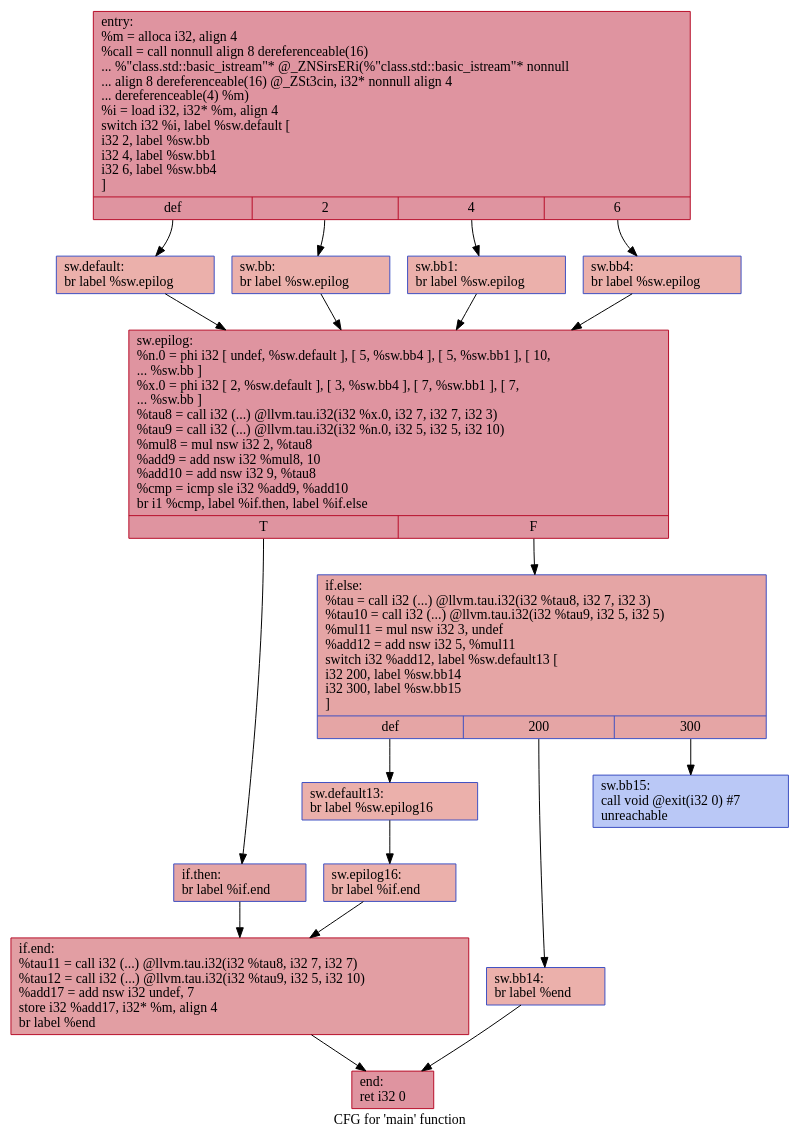
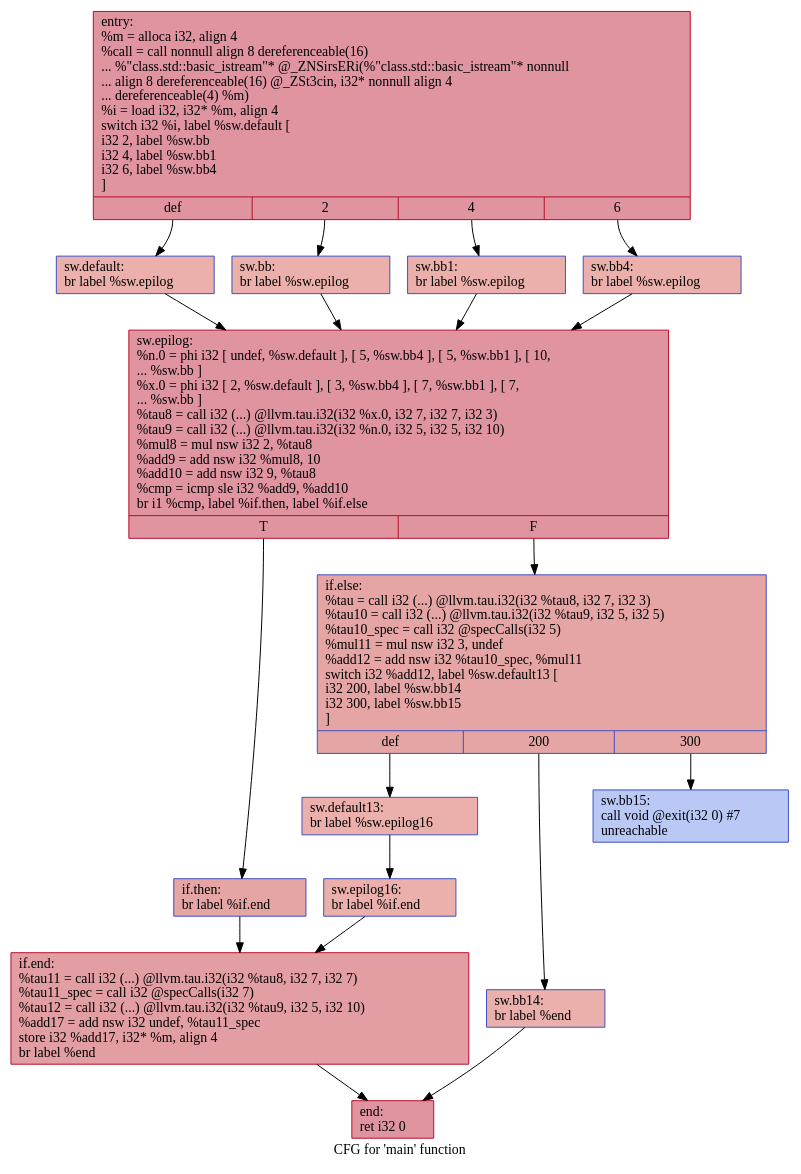
The diagram in IR/cfg/specSCCP_HPSSA.dot (HPSSA-LLVM/HPSSA-LLVM), drawn with Graphviz before and after one commit. The commit also changed 46 other files, not shown here.

Commit message:
[feat] Spec Calls Appear in IR

```diff
--- a/IR/cfg/specSCCP_HPSSA.dot
+++ b/IR/cfg/specSCCP_HPSSA.dot
@@ -1,36 +1,36 @@
 digraph "CFG for 'main' function" {
 	label="CFG for 'main' function";
 
-	Node0x55d610033180 [shape=record,color="#b70d28ff", style=filled, fillcolor="#b70d2870",label="{entry:\l  %m = alloca i32, align 4\l  %call = call nonnull align 8 dereferenceable(16)\l... %\"class.std::basic_istream\"* @_ZNSirsERi(%\"class.std::basic_istream\"* nonnull\l... align 8 dereferenceable(16) @_ZSt3cin, i32* nonnull align 4\l... dereferenceable(4) %m)\l  %i = load i32, i32* %m, align 4\l  switch i32 %i, label %sw.default [\l    i32 2, label %sw.bb\l    i32 4, label %sw.bb1\l    i32 6, label %sw.bb4\l  ]\l|{<s0>def|<s1>2|<s2>4|<s3>6}}"];
-	Node0x55d610033180:s0 -> Node0x55d6100335c0;
-	Node0x55d610033180:s1 -> Node0x55d6100336d0;
-	Node0x55d610033180:s2 -> Node0x55d6100337d0;
-	Node0x55d610033180:s3 -> Node0x55d6100338d0;
-	Node0x55d6100336d0 [shape=record,color="#3d50c3ff", style=filled, fillcolor="#d24b4070",label="{sw.bb:                                            \l  br label %sw.epilog\l}"];
-	Node0x55d6100336d0 -> Node0x55d6100339f0;
-	Node0x55d6100337d0 [shape=record,color="#3d50c3ff", style=filled, fillcolor="#d24b4070",label="{sw.bb1:                                           \l  br label %sw.epilog\l}"];
-	Node0x55d6100337d0 -> Node0x55d6100339f0;
-	Node0x55d6100338d0 [shape=record,color="#3d50c3ff", style=filled, fillcolor="#d24b4070",label="{sw.bb4:                                           \l  br label %sw.epilog\l}"];
-	Node0x55d6100338d0 -> Node0x55d6100339f0;
-	Node0x55d6100335c0 [shape=record,color="#3d50c3ff", style=filled, fillcolor="#d24b4070",label="{sw.default:                                       \l  br label %sw.epilog\l}"];
-	Node0x55d6100335c0 -> Node0x55d6100339f0;
-	Node0x55d6100339f0 [shape=record,color="#b70d28ff", style=filled, fillcolor="#b70d2870",label="{sw.epilog:                                        \l  %n.0 = phi i32 [ undef, %sw.default ], [ 5, %sw.bb4 ], [ 5, %sw.bb1 ], [ 10,\l... %sw.bb ]\l  %x.0 = phi i32 [ 2, %sw.default ], [ 3, %sw.bb4 ], [ 7, %sw.bb1 ], [ 7,\l... %sw.bb ]\l  %tau8 = call i32 (...) @llvm.tau.i32(i32 %x.0, i32 7, i32 7, i32 3)\l  %tau9 = call i32 (...) @llvm.tau.i32(i32 %n.0, i32 5, i32 5, i32 10)\l  %mul8 = mul nsw i32 2, %tau8\l  %add9 = add nsw i32 %mul8, 10\l  %add10 = add nsw i32 9, %tau8\l  %cmp = icmp sle i32 %add9, %add10\l  br i1 %cmp, label %if.then, label %if.else\l|{<s0>T|<s1>F}}"];
-	Node0x55d6100339f0:s0 -> Node0x55d610034b90;
-	Node0x55d6100339f0:s1 -> Node0x55d610034c00;
-	Node0x55d610034b90 [shape=record,color="#3d50c3ff", style=filled, fillcolor="#c5333470",label="{if.then:                                          \l  br label %if.end\l}"];
-	Node0x55d610034b90 -> Node0x55d610034d20;
-	Node0x55d610034c00 [shape=record,color="#3d50c3ff", style=filled, fillcolor="#c5333470",label="{if.else:                                          \l  %tau = call i32 (...) @llvm.tau.i32(i32 %tau8, i32 7, i32 3)\l  %tau10 = call i32 (...) @llvm.tau.i32(i32 %tau9, i32 5, i32 5)\l  %mul11 = mul nsw i32 3, undef\l  %add12 = add nsw i32 5, %mul11\l  switch i32 %add12, label %sw.default13 [\l    i32 200, label %sw.bb14\l    i32 300, label %sw.bb15\l  ]\l|{<s0>def|<s1>200|<s2>300}}"];
-	Node0x55d610034c00:s0 -> Node0x55d610035040;
-	Node0x55d610034c00:s1 -> Node0x55d610035410;
-	Node0x55d610034c00:s2 -> Node0x55d6100354b0;
-	Node0x55d610035040 [shape=record,color="#3d50c3ff", style=filled, fillcolor="#d24b4070",label="{sw.default13:                                     \l  br label %sw.epilog16\l}"];
-	Node0x55d610035040 -> Node0x55d6100356a0;
-	Node0x55d610035410 [shape=record,color="#3d50c3ff", style=filled, fillcolor="#d24b4070",label="{sw.bb14:                                          \l  br label %end\l}"];
-	Node0x55d610035410 -> Node0x55d610035790;
-	Node0x55d6100354b0 [shape=record,color="#3d50c3ff", style=filled, fillcolor="#6282ea70",label="{sw.bb15:                                          \l  call void @exit(i32 0) #7\l  unreachable\l}"];
-	Node0x55d6100356a0 [shape=record,color="#3d50c3ff", style=filled, fillcolor="#d24b4070",label="{sw.epilog16:                                      \l  br label %if.end\l}"];
-	Node0x55d6100356a0 -> Node0x55d610034d20;
-	Node0x55d610034d20 [shape=record,color="#b70d28ff", style=filled, fillcolor="#be242e70",label="{if.end:                                           \l  %tau11 = call i32 (...) @llvm.tau.i32(i32 %tau8, i32 7, i32 7)\l  %tau12 = call i32 (...) @llvm.tau.i32(i32 %tau9, i32 5, i32 10)\l  %add17 = add nsw i32 undef, 7\l  store i32 %add17, i32* %m, align 4\l  br label %end\l}"];
-	Node0x55d610034d20 -> Node0x55d610035790;
-	Node0x55d610035790 [shape=record,color="#b70d28ff", style=filled, fillcolor="#b70d2870",label="{end:                                              \l  ret i32 0\l}"];
+	Node0x564486306240 [shape=record,color="#b70d28ff", style=filled, fillcolor="#b70d2870",label="{entry:\l  %m = alloca i32, align 4\l  %call = call nonnull align 8 dereferenceable(16)\l... %\"class.std::basic_istream\"* @_ZNSirsERi(%\"class.std::basic_istream\"* nonnull\l... align 8 dereferenceable(16) @_ZSt3cin, i32* nonnull align 4\l... dereferenceable(4) %m)\l  %i = load i32, i32* %m, align 4\l  switch i32 %i, label %sw.default [\l    i32 2, label %sw.bb\l    i32 4, label %sw.bb1\l    i32 6, label %sw.bb4\l  ]\l|{<s0>def|<s1>2|<s2>4|<s3>6}}"];
+	Node0x564486306240:s0 -> Node0x564486306680;
+	Node0x564486306240:s1 -> Node0x564486306790;
+	Node0x564486306240:s2 -> Node0x564486306890;
+	Node0x564486306240:s3 -> Node0x564486306990;
+	Node0x564486306790 [shape=record,color="#3d50c3ff", style=filled, fillcolor="#d24b4070",label="{sw.bb:                                            \l  br label %sw.epilog\l}"];
+	Node0x564486306790 -> Node0x564486306ab0;
+	Node0x564486306890 [shape=record,color="#3d50c3ff", style=filled, fillcolor="#d24b4070",label="{sw.bb1:                                           \l  br label %sw.epilog\l}"];
+	Node0x564486306890 -> Node0x564486306ab0;
+	Node0x564486306990 [shape=record,color="#3d50c3ff", style=filled, fillcolor="#d24b4070",label="{sw.bb4:                                           \l  br label %sw.epilog\l}"];
+	Node0x564486306990 -> Node0x564486306ab0;
+	Node0x564486306680 [shape=record,color="#3d50c3ff", style=filled, fillcolor="#d24b4070",label="{sw.default:                                       \l  br label %sw.epilog\l}"];
+	Node0x564486306680 -> Node0x564486306ab0;
+	Node0x564486306ab0 [shape=record,color="#b70d28ff", style=filled, fillcolor="#b70d2870",label="{sw.epilog:                                        \l  %n.0 = phi i32 [ undef, %sw.default ], [ 5, %sw.bb4 ], [ 5, %sw.bb1 ], [ 10,\l... %sw.bb ]\l  %x.0 = phi i32 [ 2, %sw.default ], [ 3, %sw.bb4 ], [ 7, %sw.bb1 ], [ 7,\l... %sw.bb ]\l  %tau8 = call i32 (...) @llvm.tau.i32(i32 %x.0, i32 7, i32 7, i32 3)\l  %tau9 = call i32 (...) @llvm.tau.i32(i32 %n.0, i32 5, i32 5, i32 10)\l  %mul8 = mul nsw i32 2, %tau8\l  %add9 = add nsw i32 %mul8, 10\l  %add10 = add nsw i32 9, %tau8\l  %cmp = icmp sle i32 %add9, %add10\l  br i1 %cmp, label %if.then, label %if.else\l|{<s0>T|<s1>F}}"];
+	Node0x564486306ab0:s0 -> Node0x564486307c50;
+	Node0x564486306ab0:s1 -> Node0x564486307cc0;
+	Node0x564486307c50 [shape=record,color="#3d50c3ff", style=filled, fillcolor="#c5333470",label="{if.then:                                          \l  br label %if.end\l}"];
+	Node0x564486307c50 -> Node0x564486307de0;
+	Node0x564486307cc0 [shape=record,color="#3d50c3ff", style=filled, fillcolor="#c5333470",label="{if.else:                                          \l  %tau = call i32 (...) @llvm.tau.i32(i32 %tau8, i32 7, i32 3)\l  %tau10 = call i32 (...) @llvm.tau.i32(i32 %tau9, i32 5, i32 5)\l  %tau10_spec = call i32 @specCalls(i32 5)\l  %mul11 = mul nsw i32 3, undef\l  %add12 = add nsw i32 %tau10_spec, %mul11\l  switch i32 %add12, label %sw.default13 [\l    i32 200, label %sw.bb14\l    i32 300, label %sw.bb15\l  ]\l|{<s0>def|<s1>200|<s2>300}}"];
+	Node0x564486307cc0:s0 -> Node0x564486308600;
+	Node0x564486307cc0:s1 -> Node0x5644863086b0;
+	Node0x564486307cc0:s2 -> Node0x5644863087b0;
+	Node0x564486308600 [shape=record,color="#3d50c3ff", style=filled, fillcolor="#d24b4070",label="{sw.default13:                                     \l  br label %sw.epilog16\l}"];
+	Node0x564486308600 -> Node0x5644863089a0;
+	Node0x5644863086b0 [shape=record,color="#3d50c3ff", style=filled, fillcolor="#d24b4070",label="{sw.bb14:                                          \l  br label %end\l}"];
+	Node0x5644863086b0 -> Node0x564486308a90;
+	Node0x5644863087b0 [shape=record,color="#3d50c3ff", style=filled, fillcolor="#6282ea70",label="{sw.bb15:                                          \l  call void @exit(i32 0) #7\l  unreachable\l}"];
+	Node0x5644863089a0 [shape=record,color="#3d50c3ff", style=filled, fillcolor="#d24b4070",label="{sw.epilog16:                                      \l  br label %if.end\l}"];
+	Node0x5644863089a0 -> Node0x564486307de0;
+	Node0x564486307de0 [shape=record,color="#b70d28ff", style=filled, fillcolor="#be242e70",label="{if.end:                                           \l  %tau11 = call i32 (...) @llvm.tau.i32(i32 %tau8, i32 7, i32 7)\l  %tau11_spec = call i32 @specCalls(i32 7)\l  %tau12 = call i32 (...) @llvm.tau.i32(i32 %tau9, i32 5, i32 10)\l  %add17 = add nsw i32 undef, %tau11_spec\l  store i32 %add17, i32* %m, align 4\l  br label %end\l}"];
+	Node0x564486307de0 -> Node0x564486308a90;
+	Node0x564486308a90 [shape=record,color="#b70d28ff", style=filled, fillcolor="#b70d2870",label="{end:                                              \l  ret i32 0\l}"];
 }
```
